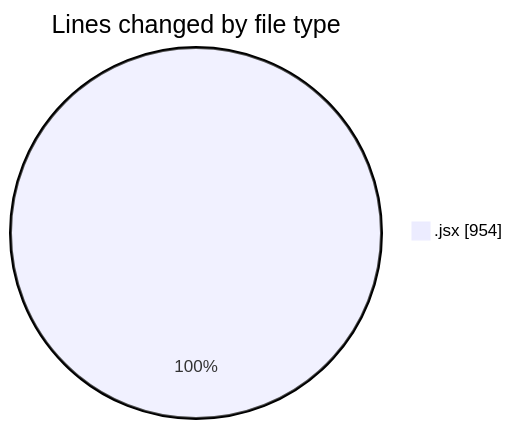
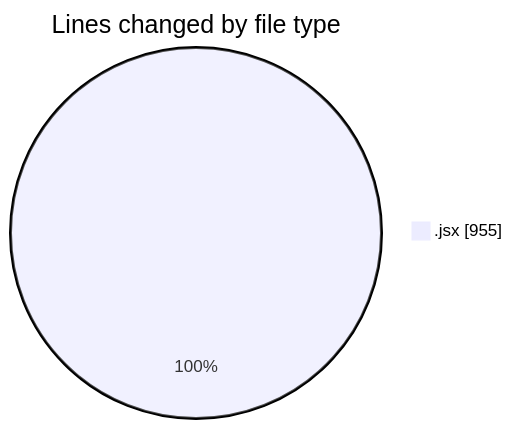
One commit to nxtqubesakshisongat/code-tracking changed the first of 2 diagrams in 2025-05-12/argos-dev/README.md. Above: the diagram before and after it, drawn with Mermaid. The commit also changed other lines of this file and 1 other file, not shown here.

````diff
--- a/2025-05-12/argos-dev/README.md
+++ b/2025-05-12/argos-dev/README.md
@@ -20,5 +20,5 @@
 ```mermaid
 pie showData
 title Lines changed by file type
-".jsx" : 954
+".jsx" : 955
 ```
````
